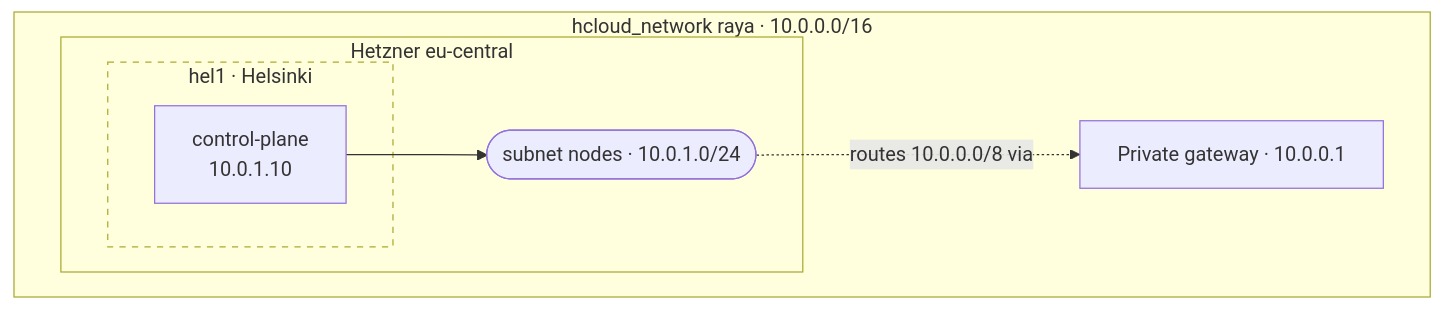
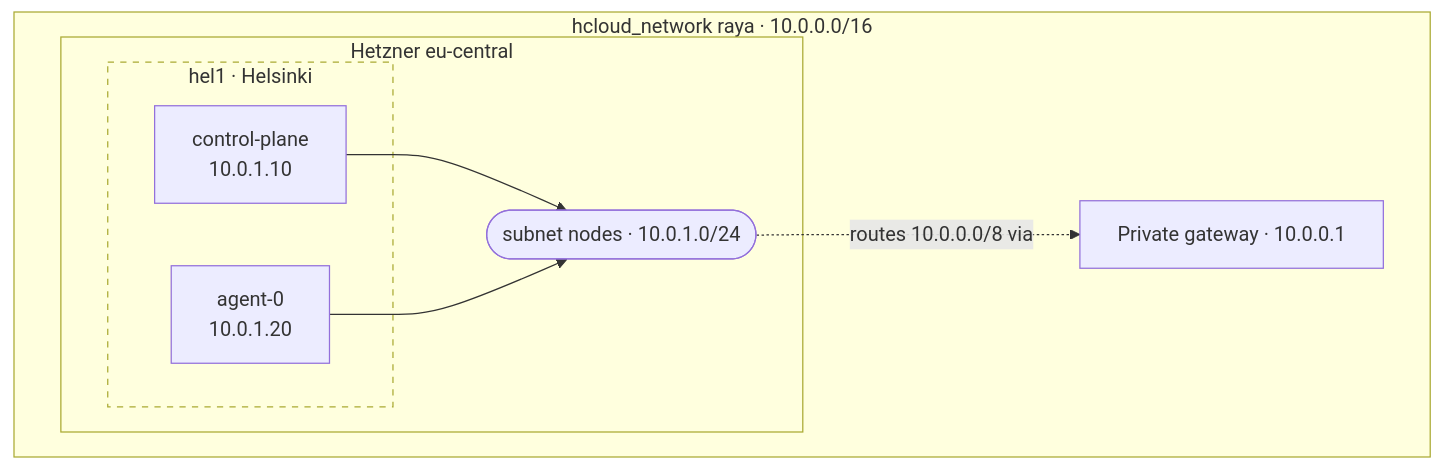
Before and after one commit to lthms/raya: the diagram in docs/network.md, drawn with Mermaid. The commit also changed other lines of this file and 10 other files, not shown here.

````diff
--- a/docs/network.md
+++ b/docs/network.md
@@ -24,18 +46,20 @@
 ```mermaid
 graph TB
   subgraph net["hcloud_network raya · 10.0.0.0/16"]
     subgraph zone["Hetzner eu-central"]
       subgraph hel1["hel1 · Helsinki"]
         cp["control-plane<br/>10.0.1.10"]
+        a0["agent-0<br/>10.0.1.20"]
       end
       subnet(["subnet nodes · 10.0.1.0/24"])
     end
     gateway["Private gateway · 10.0.0.1"]
   end
 
   cp --> subnet
+  a0 --> subnet
   subnet -.->|routes 10.0.0.0/8 via| gateway
 
   classDef failureDomain stroke-dasharray: 5 5
   class hel1 failureDomain
 ```
````
